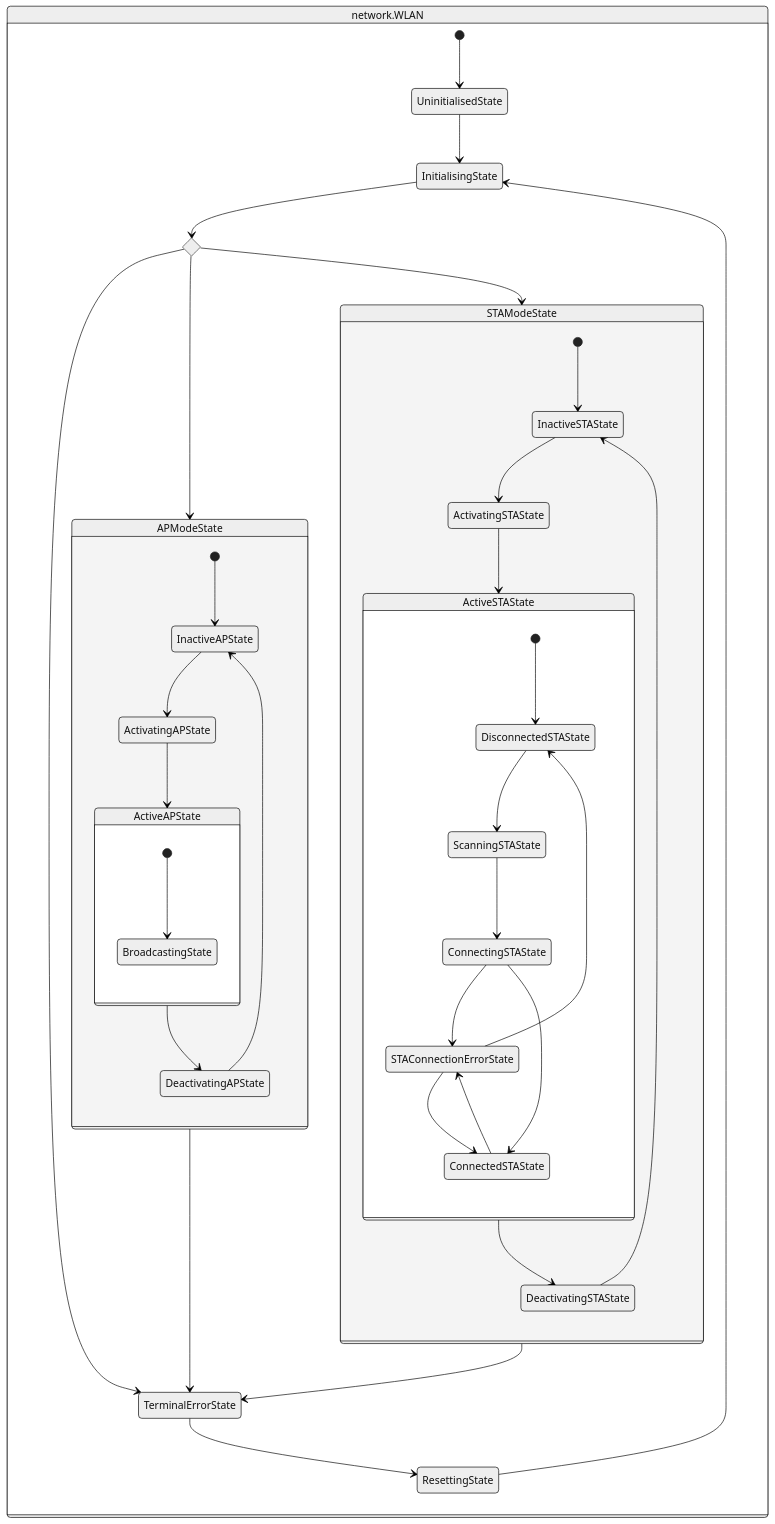
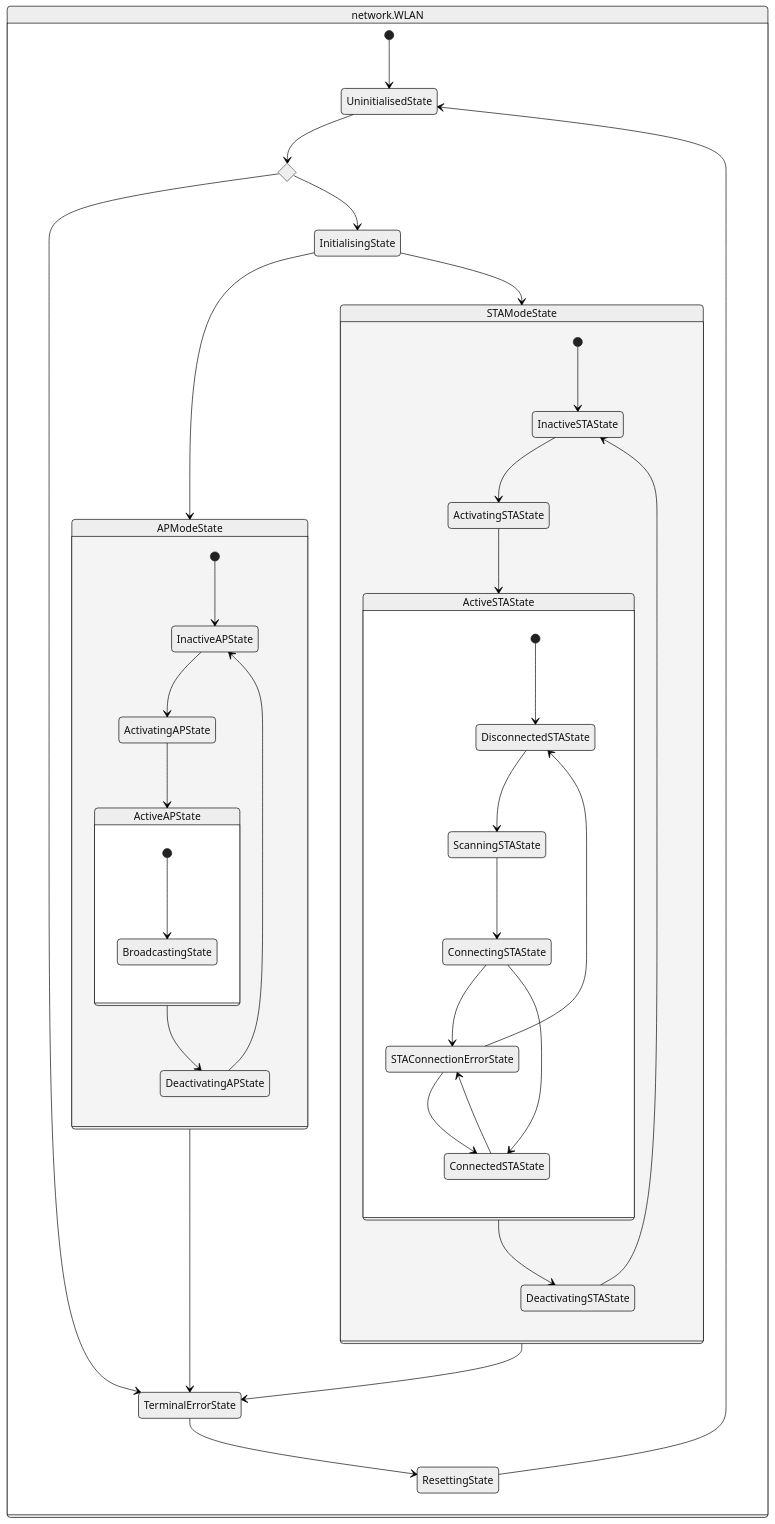
The diagram in README.md (andyrids/micropython-networkutils), drawn with Mermaid (neutral theme) before and after one commit. The commit also changed 1 other file, not shown here.

Commit message:
feat: reorder state transitions

````diff
--- a/README.md
+++ b/README.md
@@ -12,50 +12,50 @@
 ```mermaid
 stateDiagram-v2
   direction TB
   state network.WLAN {
     direction TB
     [*] --> UninitialisedState
     state WLANModeChoiceState <<choice>>
 
-    UninitialisedState --> InitialisingState
-    InitialisingState --> WLANModeChoiceState
+    UninitialisedState --> WLANModeChoiceState
     WLANModeChoiceState --> TerminalErrorState
-    WLANModeChoiceState --> APModeState
-    WLANModeChoiceState --> STAModeState
+    WLANModeChoiceState --> InitialisingState
+    InitialisingState --> APModeState
+    InitialisingState --> STAModeState
     APModeState --> TerminalErrorState
     STAModeState --> TerminalErrorState
     TerminalErrorState --> ResettingState
-    ResettingState --> InitialisingState
+    ResettingState --> UninitialisedState
 
     state APModeState {
       direction TB
       [*] --> InactiveAPState
       InactiveAPState --> ActivatingAPState
       ActivatingAPState --> ActiveAPState
       ActiveAPState --> DeactivatingAPState
       DeactivatingAPState --> InactiveAPState
       state ActiveAPState {
         direction TB
         [*] --> BroadcastingState
       }
     }
     state STAModeState {
       direction TB
       [*] --> InactiveSTAState
       InactiveSTAState --> ActivatingSTAState
       ActivatingSTAState --> ActiveSTAState
       ActiveSTAState --> DeactivatingSTAState
       DeactivatingSTAState --> InactiveSTAState
       state ActiveSTAState {
         [*] --> DisconnectedSTAState
         DisconnectedSTAState --> ScanningSTAState
         ScanningSTAState --> ConnectingSTAState
         ConnectingSTAState --> STAConnectionErrorState
         STAConnectionErrorState --> DisconnectedSTAState
         STAConnectionErrorState --> ConnectedSTAState
         ConnectingSTAState --> ConnectedSTAState
         ConnectedSTAState --> STAConnectionErrorState
       }
     }
   }
 ```
````
